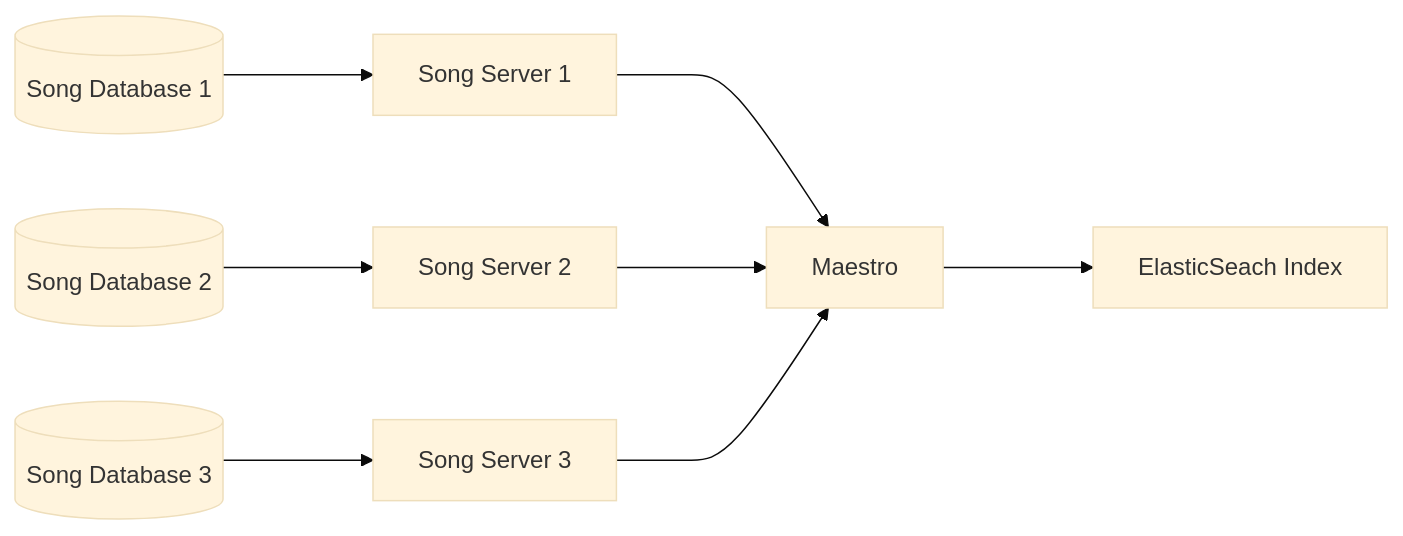
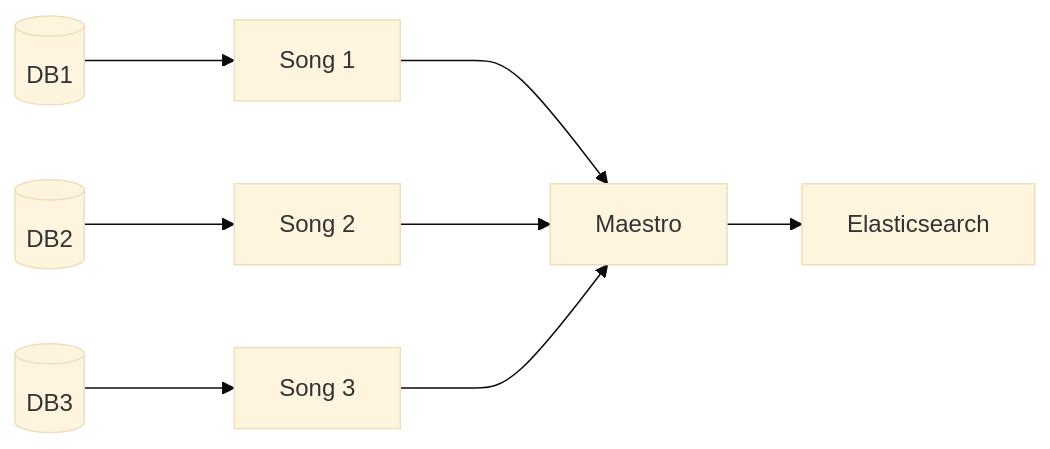
Before and after one commit to overture-stack/maestro: the diagram in docs/overview.md, drawn with Mermaid (base theme). The commit also changed 3 other files, not shown here.

````diff
--- a/docs/overview.md
+++ b/docs/overview.md
@@ -9,19 +9,9 @@
-```mermaid
-graph LR
-    SS1[Song Server 1]
-    SS2[Song Server 2]
-    SS3[Song Server 3]
-    SD1[(Song Database 1)]
-    SD2[(Song Database 2)]
-    SD3[(Song Database 3)]
-    M[Maestro]
-    ES[ElasticSeach Index]
+    ```mermaid
+    graph LR
+        SD1[(DB1)]--->SS1[Song 1]
+        SD2[(DB2)]--->SS2[Song 2]
+        SD3[(DB3)]--->SS3[Song 3]
+        SS1 & SS2 & SS3--->M[Maestro]
+        M-->ES[Elasticsearch]
 
-    SD1 ---> SS1
-    SD2 ---> SS2
-    SD3 ---> SS3
-    SS1 ---> M
-    SS2 ---> M
-    SS3 ---> M
-    M ---> ES
-```
+    ```
````
